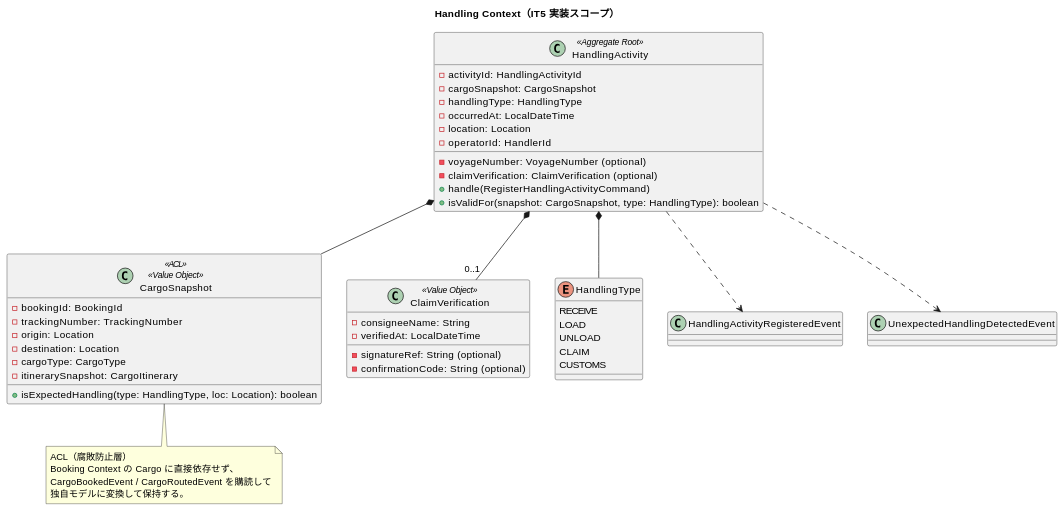
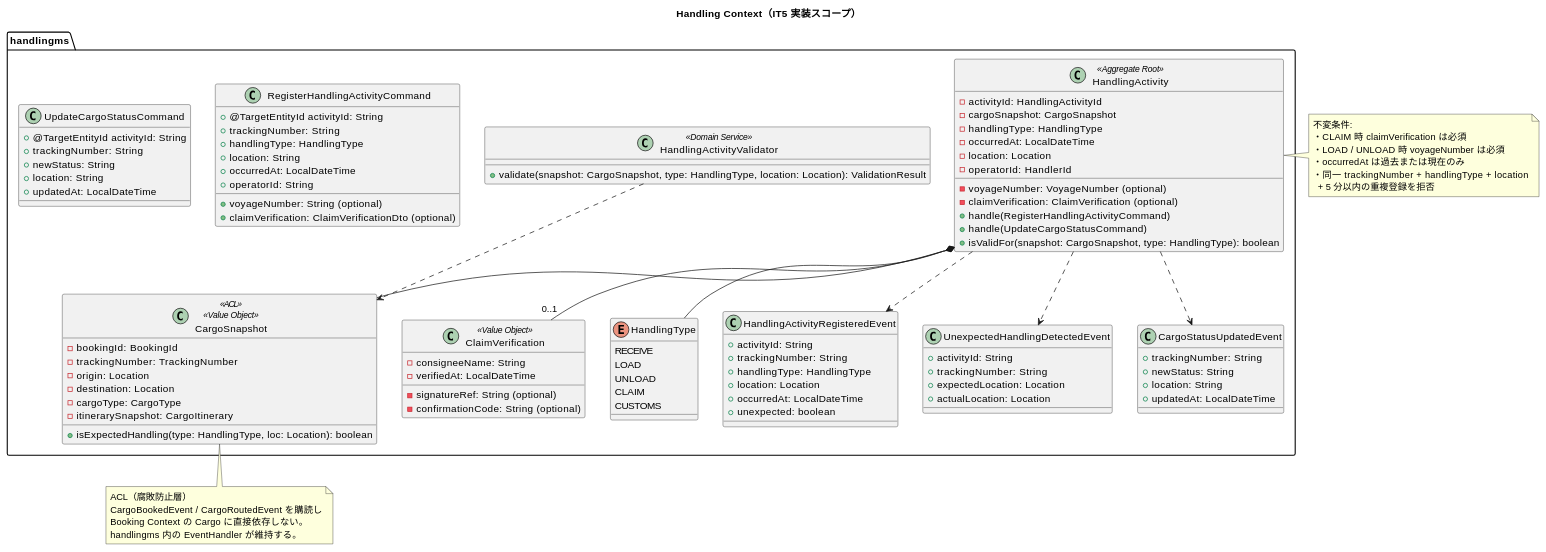
Before and after one commit to k2works/case-study-cargo-tracker: the third of 9 diagrams in docs/development/iteration_plan-5.md, drawn with PlantUML. The commit also changed other lines of this file, not shown here.

Commit message:
docs(iteration-5): IT4 品質水準に合わせ設計セクションを全面拡充（ドメインモデル・状態遷移・ER・ワイヤーフレーム・インタラクション図）

````diff
--- a/docs/development/iteration_plan-5.md
+++ b/docs/development/iteration_plan-5.md
@@ -239,55 +265,115 @@
 @startuml
 title Handling Context（IT5 実装スコープ）
 
-class HandlingActivity <<Aggregate Root>> {
-  - activityId: HandlingActivityId
-  - cargoSnapshot: CargoSnapshot
-  - handlingType: HandlingType
-  - occurredAt: LocalDateTime
-  - location: Location
-  - voyageNumber: VoyageNumber (optional)
-  - operatorId: HandlerId
-  - claimVerification: ClaimVerification (optional)
-  + handle(RegisterHandlingActivityCommand)
-  + isValidFor(snapshot: CargoSnapshot, type: HandlingType): boolean
+package "handlingms" {
+  class HandlingActivity <<Aggregate Root>> {
+    - activityId: HandlingActivityId
+    - cargoSnapshot: CargoSnapshot
+    - handlingType: HandlingType
+    - occurredAt: LocalDateTime
+    - location: Location
+    - voyageNumber: VoyageNumber (optional)
+    - operatorId: HandlerId
+    - claimVerification: ClaimVerification (optional)
+    + handle(RegisterHandlingActivityCommand)
+    + handle(UpdateCargoStatusCommand)
+    + isValidFor(snapshot: CargoSnapshot, type: HandlingType): boolean
+  }
+
+  class CargoSnapshot <<ACL>> <<Value Object>> {
+    - bookingId: BookingId
+    - trackingNumber: TrackingNumber
+    - origin: Location
+    - destination: Location
+    - cargoType: CargoType
+    - itinerarySnapshot: CargoItinerary
+    + isExpectedHandling(type: HandlingType, loc: Location): boolean
+  }
+
+  class ClaimVerification <<Value Object>> {
+    - consigneeName: String
+    - signatureRef: String (optional)
+    - confirmationCode: String (optional)
+    - verifiedAt: LocalDateTime
+  }
+
+  class HandlingActivityValidator <<Domain Service>> {
+    + validate(snapshot: CargoSnapshot, type: HandlingType, location: Location): ValidationResult
+  }
+
+  enum HandlingType {
+    RECEIVE
+    LOAD
+    UNLOAD
+    CLAIM
+    CUSTOMS
+  }
+
+  class RegisterHandlingActivityCommand {
+    + @TargetEntityId activityId: String
+    + trackingNumber: String
+    + handlingType: HandlingType
+    + location: String
+    + occurredAt: LocalDateTime
+    + voyageNumber: String (optional)
+    + operatorId: String
+    + claimVerification: ClaimVerificationDto (optional)
+  }
+
+  class UpdateCargoStatusCommand {
+    + @TargetEntityId activityId: String
+    + trackingNumber: String
+    + newStatus: String
+    + location: String
+    + updatedAt: LocalDateTime
+  }
+
+  class HandlingActivityRegisteredEvent {
+    + activityId: String
+    + trackingNumber: String
+    + handlingType: HandlingType
+    + location: Location
+    + occurredAt: LocalDateTime
+    + unexpected: boolean
+  }
+
+  class UnexpectedHandlingDetectedEvent {
+    + activityId: String
+    + trackingNumber: String
+    + expectedLocation: Location
+    + actualLocation: Location
+  }
+
+  class CargoStatusUpdatedEvent {
+    + trackingNumber: String
+    + newStatus: String
+    + location: String
+    + updatedAt: LocalDateTime
+  }
+
+  HandlingActivity *-- CargoSnapshot
+  HandlingActivity *-- HandlingType
+  HandlingActivity *-- "0..1" ClaimVerification
+  HandlingActivity ..> HandlingActivityRegisteredEvent
+  HandlingActivity ..> UnexpectedHandlingDetectedEvent
+  HandlingActivity ..> CargoStatusUpdatedEvent
+  HandlingActivityValidator ..> CargoSnapshot
 }
-
-class CargoSnapshot <<ACL>> <<Value Object>> {
-  - bookingId: BookingId
-  - trackingNumber: TrackingNumber
-  - origin: Location
-  - destination: Location
-  - cargoType: CargoType
-  - itinerarySnapshot: CargoItinerary
-  + isExpectedHandling(type: HandlingType, loc: Location): boolean
-}
-
-class ClaimVerification <<Value Object>> {
-  - consigneeName: String
-  - signatureRef: String (optional)
-  - confirmationCode: String (optional)
-  - verifiedAt: LocalDateTime
-}
-
-enum HandlingType {
-  RECEIVE
-  LOAD
-  UNLOAD
-  CLAIM
-  CUSTOMS
-}
-
-HandlingActivity *-- CargoSnapshot
-HandlingActivity *-- HandlingType
-HandlingActivity *-- "0..1" ClaimVerification
-HandlingActivity ..> HandlingActivityRegisteredEvent
-HandlingActivity ..> UnexpectedHandlingDetectedEvent
 
 note bottom of CargoSnapshot
   ACL（腐敗防止層）
-  Booking Context の Cargo に直接依存せず、
-  CargoBookedEvent / CargoRoutedEvent を購読して
-  独自モデルに変換して保持する。
+  CargoBookedEvent / CargoRoutedEvent を購読し
+  Booking Context の Cargo に直接依存しない。
+  handlingms 内の EventHandler が維持する。
+end note
+
+note right of HandlingActivity
+  不変条件:
+  ・CLAIM 時 claimVerification は必須
+  ・LOAD / UNLOAD 時 voyageNumber は必須
+  ・occurredAt は過去または現在のみ
+  ・同一 trackingNumber + handlingType + location
+    + 5 分以内の重複登録を拒否
 end note
 @enduml
 ```
````
